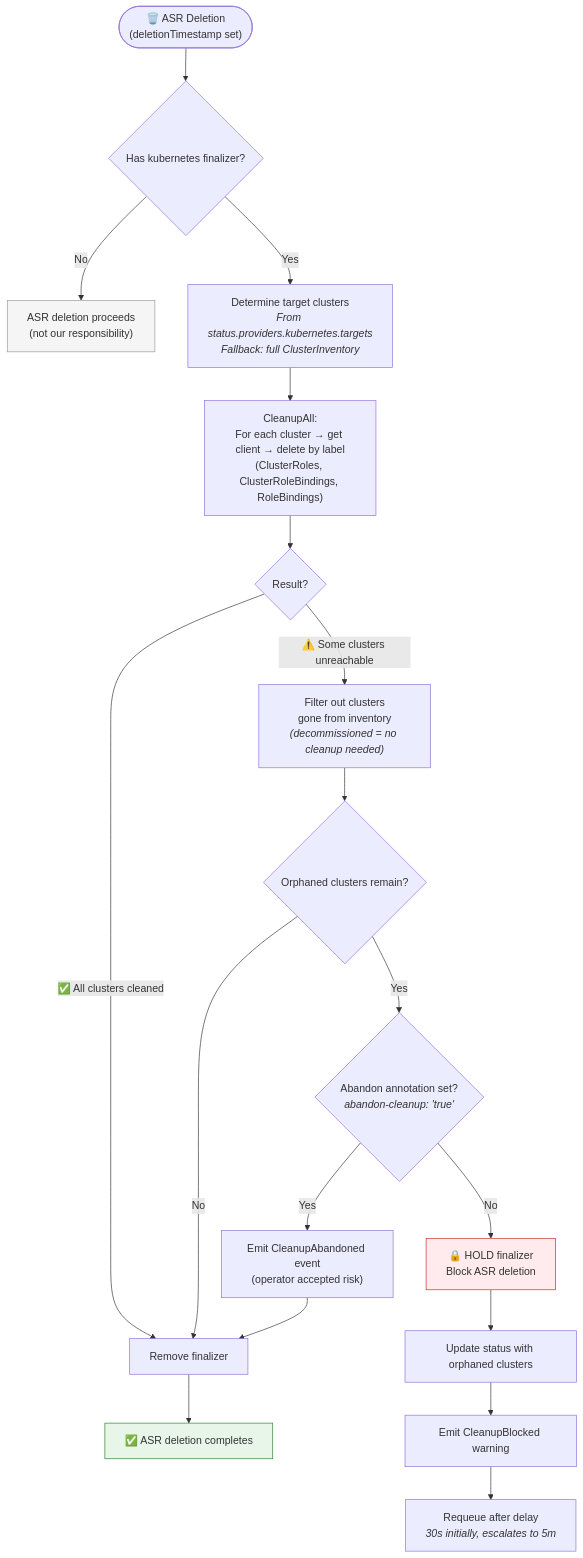
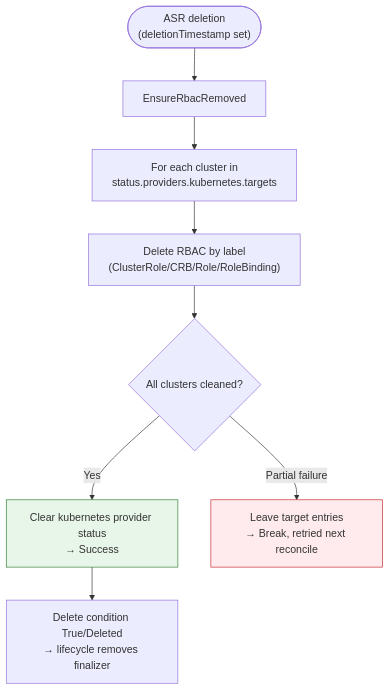
Before and after one commit to cloudoperators/permission-manager: the fourth of 5 diagrams in docs/reconciler-flows.md, drawn with Mermaid. The commit also changed other lines of this file and 2 other files, not shown here.

First line of the commit message:
docs: refresh reconciler-flows and fix drift after kubebuilder refactor

````diff
--- a/docs/reconciler-flows.md
+++ b/docs/reconciler-flows.md
@@ -224,49 +264,19 @@
 ```mermaid
 flowchart TD
-    DEL(["🗑️ ASR Deletion<br/>(deletionTimestamp set)"])
+    DEL(["ASR deletion<br/>(deletionTimestamp set)"])
+    DEL --> REMOVE["EnsureRbacRemoved"]
 
-    DEL --> HAS_FIN{"Has kubernetes finalizer?"}
-    HAS_FIN -->|"No"| PROCEED["ASR deletion proceeds<br/>(not our responsibility)"]
+    REMOVE --> LOOP["For each cluster in<br/>status.providers.kubernetes.targets"]
+    LOOP --> DELETE["Delete RBAC by label<br/>(ClusterRole/CRB/Role/RoleBinding)"]
 
-    HAS_FIN -->|"Yes"| TARGETS["Determine target clusters<br/><i>From status.providers.kubernetes.targets</i><br/><i>Fallback: full ClusterInventory</i>"]
+    DELETE --> RESULT{"All clusters cleaned?"}
+    RESULT -->|"Yes"| CLEAR["Clear kubernetes provider status<br/>→ Success"]
+    RESULT -->|"Partial failure"| RETRY["Leave target entries<br/>→ Break, retried next reconcile"]
 
-    TARGETS --> CLEANUP["CleanupAll:<br/>For each cluster → get client → delete by label<br/>(ClusterRoles, ClusterRoleBindings, RoleBindings)"]
+    CLEAR --> FIN["Delete condition True/Deleted<br/>→ lifecycle removes finalizer"]
 
-    CLEANUP --> RESULT{"Result?"}
+    click REMOVE "https://github.com/cloudoperators/permission-manager/blob/main/internal/provider/k8s/ensure_orphans_removed.go" "EnsureRbacRemoved"
 
-    %% Happy path
-    RESULT -->|"✅ All clusters cleaned"| REMOVE_FIN["Remove finalizer"]
-    REMOVE_FIN --> DELETED["✅ ASR deletion completes"]
-
-    %% Some unreachable
-    RESULT -->|"⚠️ Some clusters unreachable"| FILTER["Filter out clusters<br/>gone from inventory<br/><i>(decommissioned = no cleanup needed)</i>"]
-
-    FILTER --> REMAINING{"Orphaned clusters remain?"}
-    REMAINING -->|"No"| REMOVE_FIN
-
-    REMAINING -->|"Yes"| ABANDON{"Abandon annotation set?<br/><i>abandon-cleanup: 'true'</i>"}
-
-    %% Exit path 3: abandon
-    ABANDON -->|"Yes"| EMIT_ABANDON["Emit CleanupAbandoned event<br/>(operator accepted risk)"]
-    EMIT_ABANDON --> REMOVE_FIN
-
-    %% Hold finalizer
-    ABANDON -->|"No"| HOLD["🔒 HOLD finalizer<br/>Block ASR deletion"]
-    HOLD --> STATUS_ORPHAN["Update status with orphaned clusters"]
-    STATUS_ORPHAN --> EMIT_WARN["Emit CleanupBlocked warning"]
-    EMIT_WARN --> REQUEUE["Requeue after delay<br/><i>30s initially, escalates to 5m</i>"]
-
-    %% Code links
-    click HAS_FIN "https://github.com/cloudoperators/permission-manager/blob/main/controller/internal/controller/kubernetes/reconciler.go#L149" "controllerutil.ContainsFinalizer(&asr, FinalizerKubernetes)"
-    click TARGETS "https://github.com/cloudoperators/permission-manager/blob/main/controller/internal/controller/kubernetes/reconcile_plan.go#L209" "extractTargetClusterNames(asr, inventory)"
-    click CLEANUP "https://github.com/cloudoperators/permission-manager/blob/main/controller/internal/controller/kubernetes/rbac_cleaner.go" "r.Cleaner.CleanupAll(ctx, asr.Name, clusters)"
-    click FILTER "https://github.com/cloudoperators/permission-manager/blob/main/controller/internal/controller/kubernetes/reconciler.go#L160" "filterOrphanedClusters(skipped, r.ClusterInventory)"
-    click ABANDON "https://github.com/cloudoperators/permission-manager/blob/main/controller/internal/controller/kubernetes/reconciler.go#L164" "hasAbandonAnnotation(&asr)"
-    click HOLD "https://github.com/cloudoperators/permission-manager/blob/main/controller/internal/controller/kubernetes/reconciler.go#L170" "Hold finalizer, patch status, emit event, requeue"
-    click REMOVE_FIN "https://github.com/cloudoperators/permission-manager/blob/main/controller/internal/controller/kubernetes/reconciler.go#L189" "controllerutil.RemoveFinalizer + Patch"
-
-    %% Styling
-    style DELETED fill:#e8f5e9,stroke:#2e7d32
-    style HOLD fill:#ffebee,stroke:#c62828
-    style PROCEED fill:#f5f5f5,stroke:#999
+    style CLEAR fill:#e8f5e9,stroke:#2e7d32
+    style RETRY fill:#ffebee,stroke:#c62828
 ```
````
